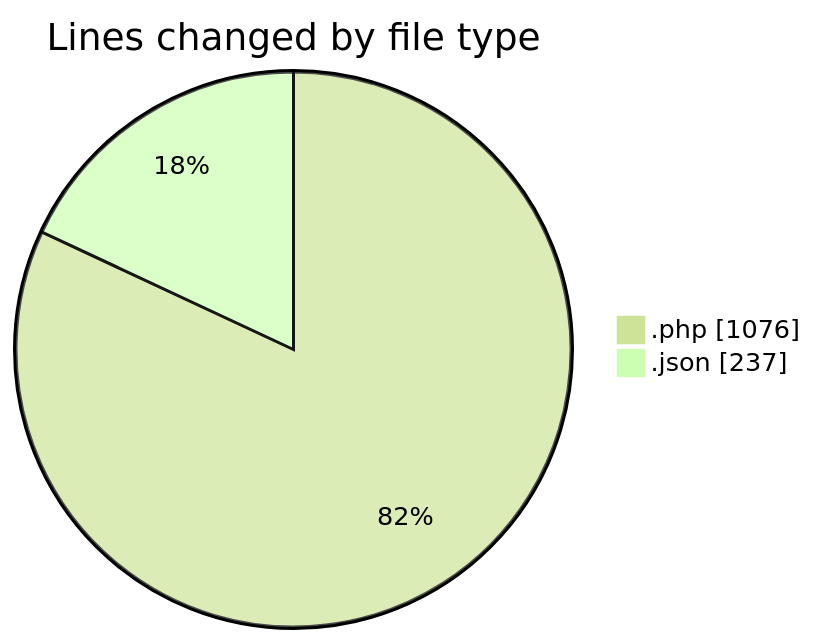
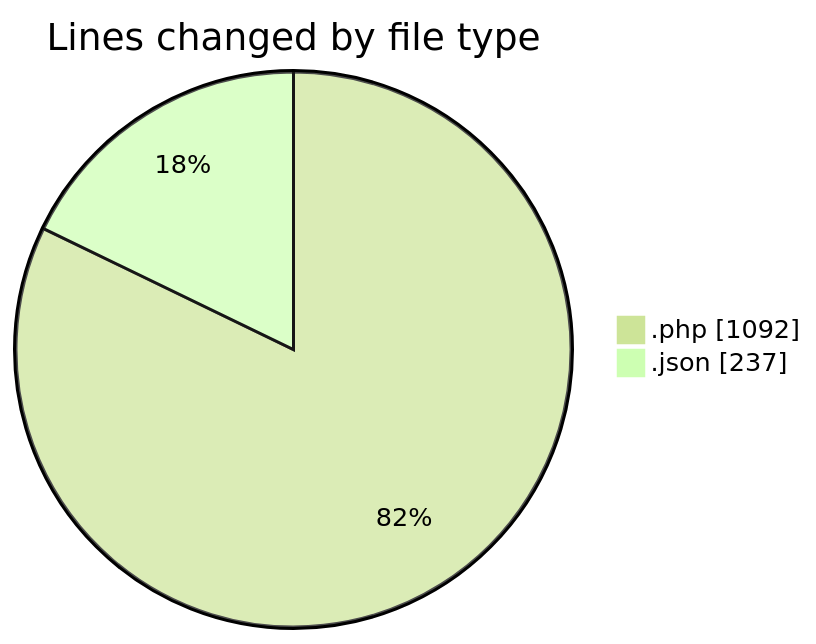
The first of 2 diagrams in 2025-05-25/bookingpodcas/README.md (idhammustaqopulfikri/code-tracking), drawn with Mermaid (forest theme) before and after one commit. The commit also changed other lines of this file and 1 other file, not shown here.

````diff
--- a/2025-05-25/bookingpodcas/README.md
+++ b/2025-05-25/bookingpodcas/README.md
@@ -34,6 +34,6 @@
 ```mermaid
 pie showData
 title Lines changed by file type
-".php" : 1076
+".php" : 1092
 ".json" : 237
 ```
````
